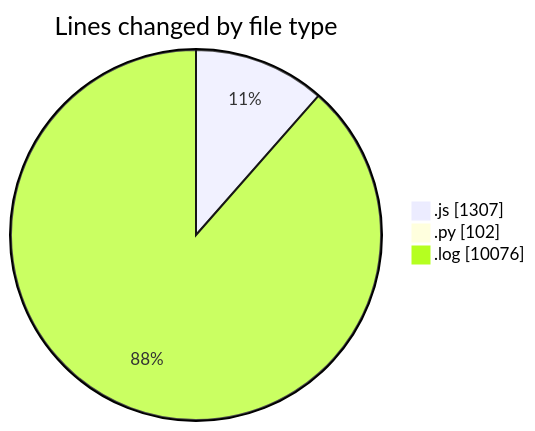
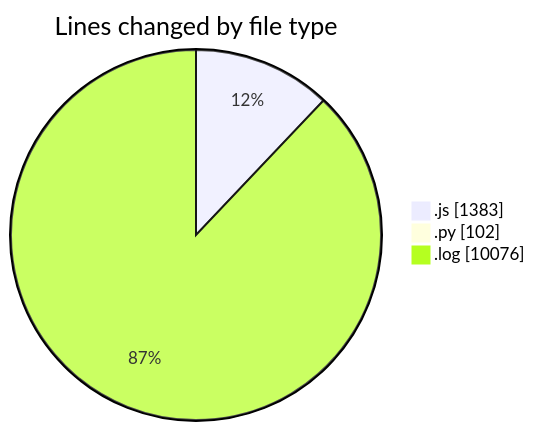
The first of 2 diagrams in 2025-04-14/nxtqube_webapp/README.md (nxtqubesakshisongat/code-tracking), drawn with Mermaid before and after one commit. The commit also changed other lines of this file and 1 other file, not shown here.

````diff
--- a/2025-04-14/nxtqube_webapp/README.md
+++ b/2025-04-14/nxtqube_webapp/README.md
@@ -25,7 +26,7 @@
 ```mermaid
 pie showData
 title Lines changed by file type
-".js" : 1307
+".js" : 1383
 ".py" : 102
 ".log" : 10076
 ```
````
